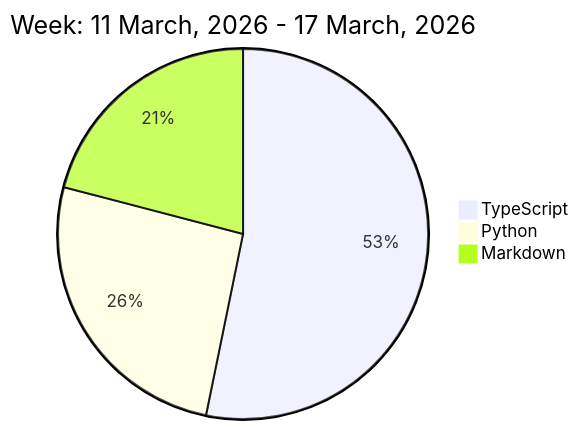
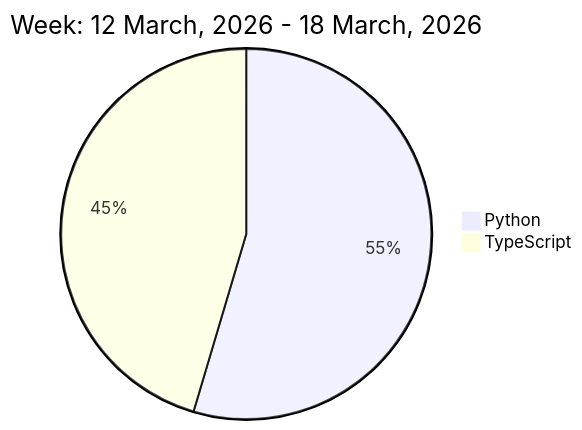
The diagram in README.md (liubin95/liubin95), drawn with Mermaid before and after one commit.

Commit message:
Updated the Graph with new Metrics

````diff
--- a/README.md
+++ b/README.md
@@ -32,7 +32,6 @@
 ```mermaid
  pie
-title Week: 11 March, 2026 - 17 March, 2026
- "TypeScript" : 5.72
- "Python" : 2.78
- "Markdown" : 2.25
+title Week: 12 March, 2026 - 18 March, 2026
+ "Python" : 5.53
+ "TypeScript" : 4.6
 ```
````
